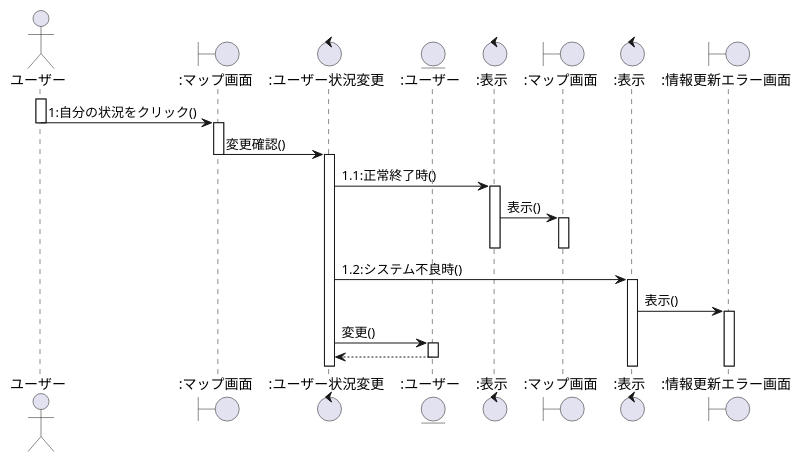
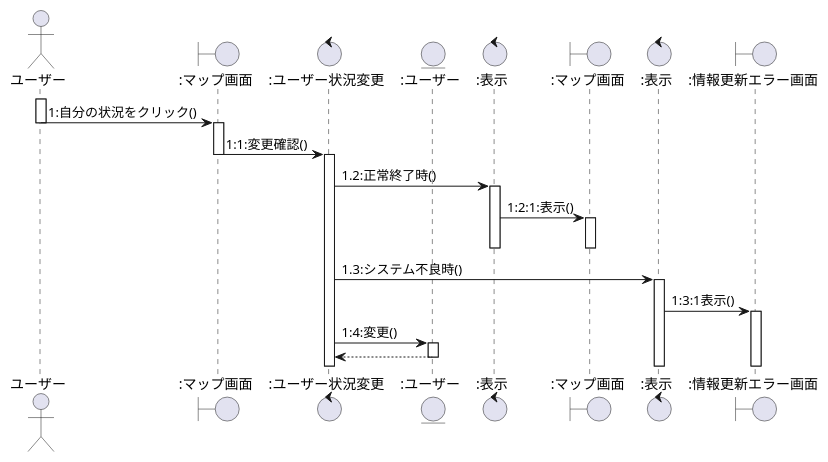
Before and after one commit to ksw2270227/GroupF: the fourth of 8 diagrams in user2_sequence.plantuml, drawn with PlantUML. The commit also changed other lines of this file and 2 other files, not shown here.

```diff
--- a/user2_sequence.plantuml
+++ b/user2_sequence.plantuml
@@ -110,32 +110,32 @@
 @startuml 状況変更シーケンス図
 actor ユーザー as 0
 boundary ":マップ画面" as a
 control ":ユーザー状況変更" as b
 entity ":ユーザー" as c
 control ":表示" as d
 boundary ":マップ画面" as e
 control ":表示" as f
 boundary ":情報更新エラー画面" as g
 
 activate 0
     0 -> a:1:自分の状況をクリック()
     deactivate 0
     activate a
-    a -> b:変更確認()
+    a -> b:1:1:変更確認()
     deactivate a
     activate b
-    b -> d:1.1:正常終了時()
+    b -> d:1.2:正常終了時()
     activate d
-    d -> e:表示()
+    d -> e:1:2:1:表示()
     activate e
     deactivate e
     deactivate d
-    b -> f:1.2:システム不良時()
+    b -> f:1.3:システム不良時()
     activate f
-    f -> g:表示()
+    f -> g:1:3:1表示()
     activate g
-    b -> c:変更()
+    b -> c:1:4:変更()
     activate c
     c --> b
     deactivate c 
 @enduml
```
